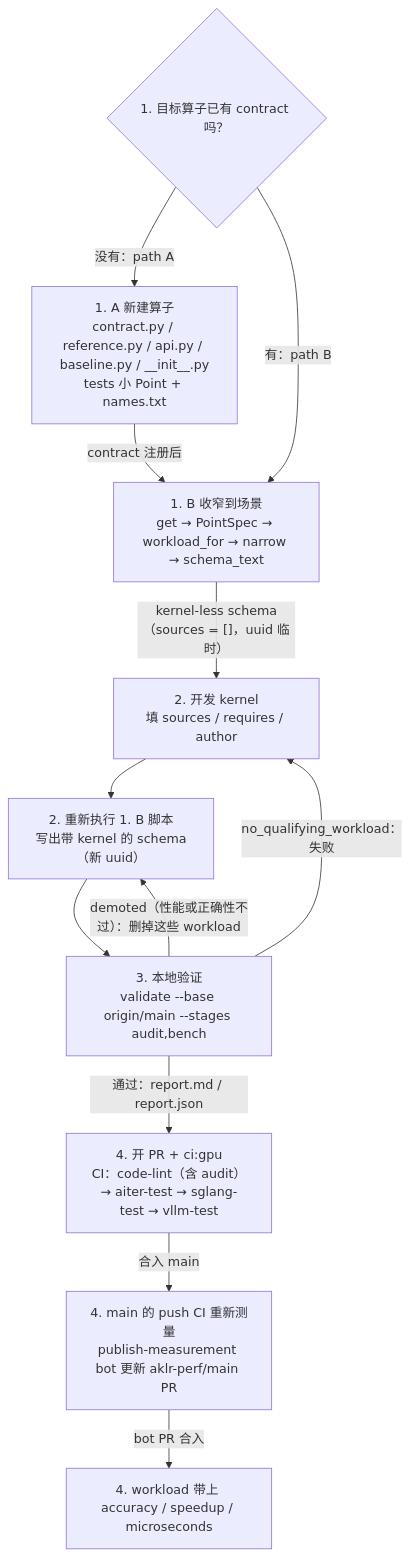
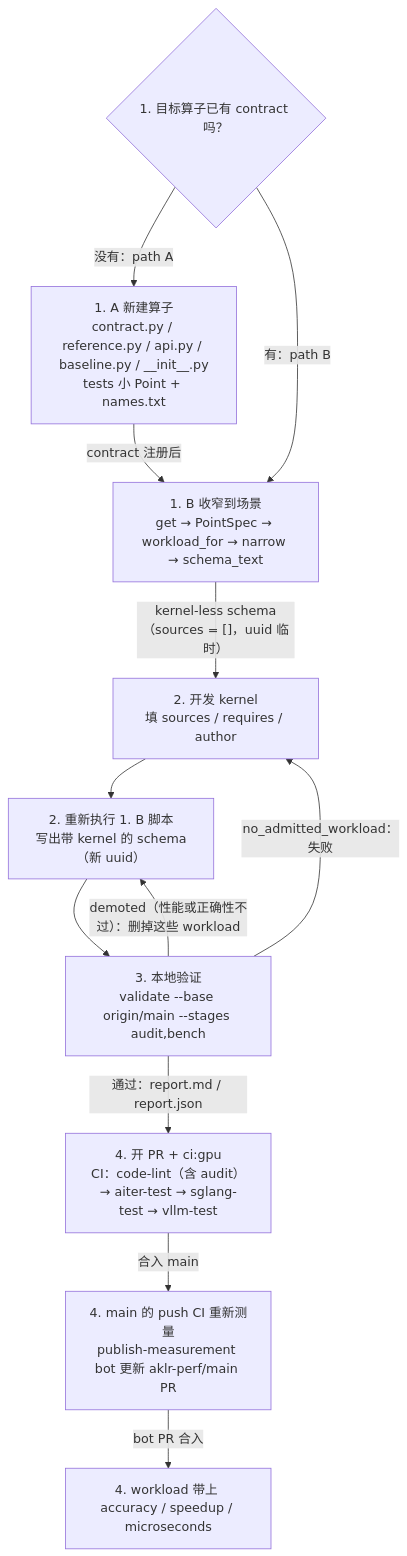
Before and after one commit to AMD-AGI/AKLR: the diagram in docs/ops_tutorial.zh.md, drawn with Mermaid. The commit also changed other lines of this file and 20 other files, not shown here.

````diff
--- a/docs/ops_tutorial.zh.md
+++ b/docs/ops_tutorial.zh.md
@@ -13,14 +13,14 @@
 ```mermaid
 flowchart TD
     S{"1. 目标算子已有 contract 吗？"} -->|"没有：path A"| A["1. A 新建算子<br/>contract.py / reference.py / api.py / baseline.py / __init__.py<br/>tests 小 Point + names.txt"]
     S -->|"有：path B"| B["1. B 收窄到场景<br/>get → PointSpec → workload_for → narrow → schema_text"]
     A -->|"contract 注册后"| B
     B -->|"kernel-less schema<br/>（sources = []，uuid 临时）"| D["2. 开发 kernel<br/>填 sources / requires / author"]
     D --> R["2. 重新执行 1. B 脚本<br/>写出带 kernel 的 schema（新 uuid）"]
     R --> V["3. 本地验证<br/>validate --base origin/main --stages audit,bench"]
-    V -->|"no_qualifying_workload：失败"| D
+    V -->|"no_admitted_workload：失败"| D
     V -->|"demoted（性能或正确性不过）：删掉这些 workload"| R
     V -->|"通过：report.md / report.json"| P["4. 开 PR + ci:gpu<br/>CI：code-lint（含 audit）→ aiter-test → sglang-test → vllm-test"]
     P -->|"合入 main"| M["4. main 的 push CI 重新测量<br/>publish-measurement bot 更新 aklr-perf/main PR"]
     M -->|"bot PR 合入"| N["4. workload 带上 accuracy / speedup / microseconds"]
 ```
````
